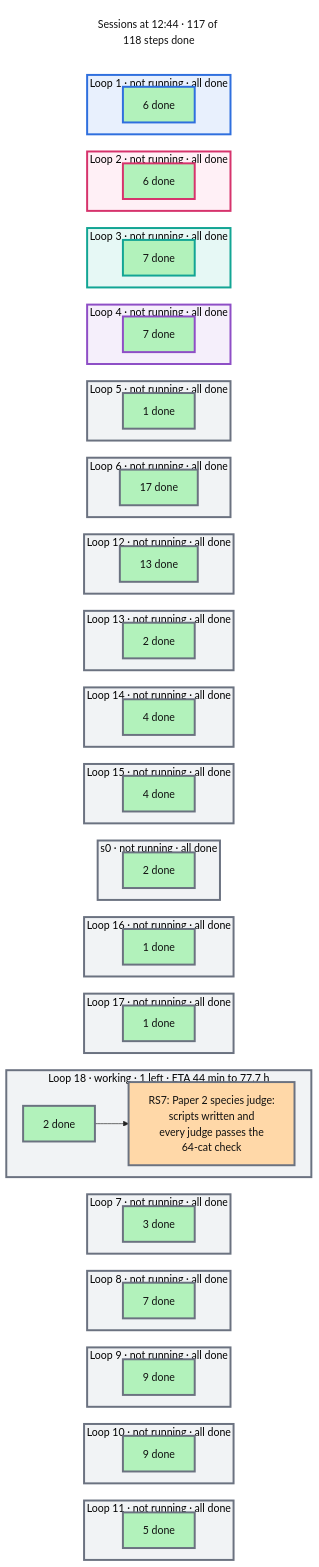
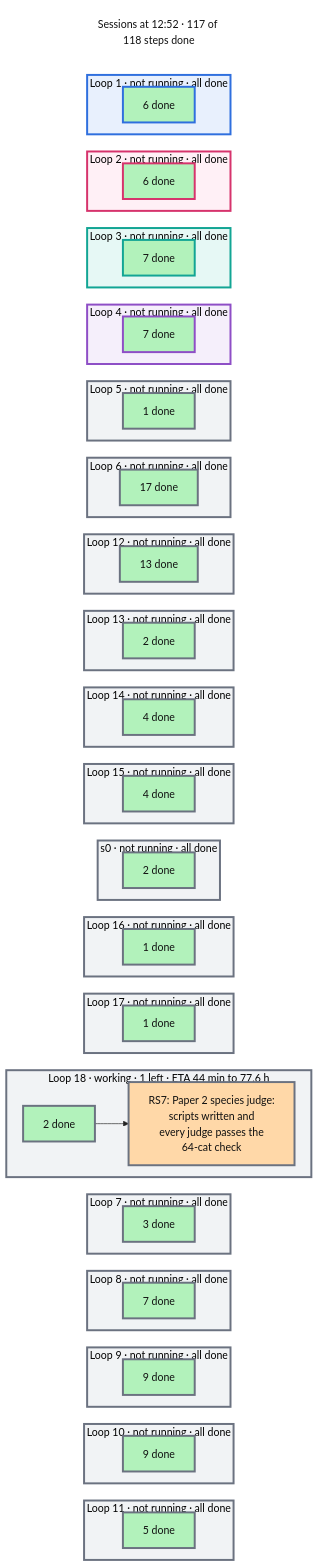
Before and after one commit to mo-rsa24/concept-composition: the diagram in artifacts/notes/progress/sessions.mmd, drawn with Mermaid. The commit also changed 9 other files, not shown here.

```diff
--- a/artifacts/notes/progress/sessions.mmd
+++ b/artifacts/notes/progress/sessions.mmd
@@ -1,124 +1,124 @@
 %%{init: {'theme': 'base', 'themeVariables': {'fontFamily': 'monospace', 'primaryColor': '#ffffff', 'primaryBorderColor': '#222222', 'primaryTextColor': '#111111', 'lineColor': '#222222'}, 'flowchart': {'nodeSpacing': 16, 'rankSpacing': 26}}}%%
 flowchart TB
   classDef done fill:#b2f2bb,color:#111111
   classDef doing fill:#ffd8a8,color:#111111
   classDef todo fill:#e9ecef,color:#111111
   classDef note fill:#ffffff,stroke:#c92a2a,stroke-dasharray:5 5,color:#c92a2a
-  now["Sessions at 12:44 · 117 of 118 steps done"]
+  now["Sessions at 12:52 · 117 of 118 steps done"]
   style now fill:#ffffff,stroke:#ffffff,color:#111111
   subgraph L0["Loop 1 · not running · all done"]
     direction LR
     d0["6 done"]:::done
   end
   subgraph L1["Loop 2 · not running · all done"]
     direction LR
     d1["6 done"]:::done
   end
   subgraph L2["Loop 3 · not running · all done"]
     direction LR
     d2["7 done"]:::done
   end
   subgraph L3["Loop 4 · not running · all done"]
     direction LR
     d3["7 done"]:::done
   end
   subgraph L4["Loop 5 · not running · all done"]
     direction LR
     d4["1 done"]:::done
   end
   subgraph L5["Loop 6 · not running · all done"]
     direction LR
     d5["17 done"]:::done
   end
   subgraph L6["Loop 12 · not running · all done"]
     direction LR
     d6["13 done"]:::done
   end
   subgraph L7["Loop 13 · not running · all done"]
     direction LR
     d7["2 done"]:::done
   end
   subgraph L8["Loop 14 · not running · all done"]
     direction LR
     d8["4 done"]:::done
   end
   subgraph L9["Loop 15 · not running · all done"]
     direction LR
     d9["4 done"]:::done
   end
   subgraph L10["s0 · not running · all done"]
     direction LR
     d10["2 done"]:::done
   end
   subgraph L11["Loop 16 · not running · all done"]
     direction LR
     d11["1 done"]:::done
   end
   subgraph L12["Loop 17 · not running · all done"]
     direction LR
     d12["1 done"]:::done
   end
-  subgraph L13["Loop 18 · working · 1 left · ETA 44 min to 77.7 h"]
+  subgraph L13["Loop 18 · working · 1 left · ETA 44 min to 77.6 h"]
     direction LR
     d13["2 done"]:::done --> n_RS7["RS7: Paper 2 species judge:<br/>scripts written and<br/>every judge passes the<br/>64-cat check"]:::doing
   end
   subgraph L14["Loop 7 · not running · all done"]
     direction LR
     d14["3 done"]:::done
   end
   subgraph L15["Loop 8 · not running · all done"]
     direction LR
     d15["7 done"]:::done
   end
   subgraph L16["Loop 9 · not running · all done"]
     direction LR
     d16["9 done"]:::done
   end
   subgraph L17["Loop 10 · not running · all done"]
     direction LR
     d17["9 done"]:::done
   end
   subgraph L18["Loop 11 · not running · all done"]
     direction LR
     d18["5 done"]:::done
   end
   now ~~~ L0 ~~~ L1 ~~~ L2 ~~~ L3 ~~~ L4 ~~~ L5 ~~~ L6 ~~~ L7 ~~~ L8 ~~~ L9 ~~~ L10 ~~~ L11 ~~~ L12 ~~~ L13 ~~~ L14 ~~~ L15 ~~~ L16 ~~~ L17 ~~~ L18
   style L0 fill:#e8f0fd,stroke:#2f6fde,stroke-width:3px
   style d0 stroke:#2f6fde,stroke-width:3px
   style L1 fill:#fff0f6,stroke:#d6336c,stroke-width:3px
   style d1 stroke:#d6336c,stroke-width:3px
   style L2 fill:#e6f8f5,stroke:#12a594,stroke-width:3px
   style d2 stroke:#12a594,stroke-width:3px
   style L3 fill:#f5effb,stroke:#8e4ec6,stroke-width:3px
   style d3 stroke:#8e4ec6,stroke-width:3px
   style L4 fill:#f1f3f5,stroke:#6b7280,stroke-width:3px
   style d4 stroke:#6b7280,stroke-width:3px
   style L5 fill:#f1f3f5,stroke:#6b7280,stroke-width:3px
   style d5 stroke:#6b7280,stroke-width:3px
   style L6 fill:#f1f3f5,stroke:#6b7280,stroke-width:3px
   style d6 stroke:#6b7280,stroke-width:3px
   style L7 fill:#f1f3f5,stroke:#6b7280,stroke-width:3px
   style d7 stroke:#6b7280,stroke-width:3px
   style L8 fill:#f1f3f5,stroke:#6b7280,stroke-width:3px
   style d8 stroke:#6b7280,stroke-width:3px
   style L9 fill:#f1f3f5,stroke:#6b7280,stroke-width:3px
   style d9 stroke:#6b7280,stroke-width:3px
   style L10 fill:#f1f3f5,stroke:#6b7280,stroke-width:3px
   style d10 stroke:#6b7280,stroke-width:3px
   style L11 fill:#f1f3f5,stroke:#6b7280,stroke-width:3px
   style d11 stroke:#6b7280,stroke-width:3px
   style L12 fill:#f1f3f5,stroke:#6b7280,stroke-width:3px
   style d12 stroke:#6b7280,stroke-width:3px
   style L13 fill:#f1f3f5,stroke:#6b7280,stroke-width:3px
   style d13 stroke:#6b7280,stroke-width:3px
   style n_RS7 stroke:#6b7280,stroke-width:3px
   style L14 fill:#f1f3f5,stroke:#6b7280,stroke-width:3px
   style d14 stroke:#6b7280,stroke-width:3px
   style L15 fill:#f1f3f5,stroke:#6b7280,stroke-width:3px
   style d15 stroke:#6b7280,stroke-width:3px
   style L16 fill:#f1f3f5,stroke:#6b7280,stroke-width:3px
   style d16 stroke:#6b7280,stroke-width:3px
   style L17 fill:#f1f3f5,stroke:#6b7280,stroke-width:3px
   style d17 stroke:#6b7280,stroke-width:3px
   style L18 fill:#f1f3f5,stroke:#6b7280,stroke-width:3px
   style d18 stroke:#6b7280,stroke-width:3px
```
